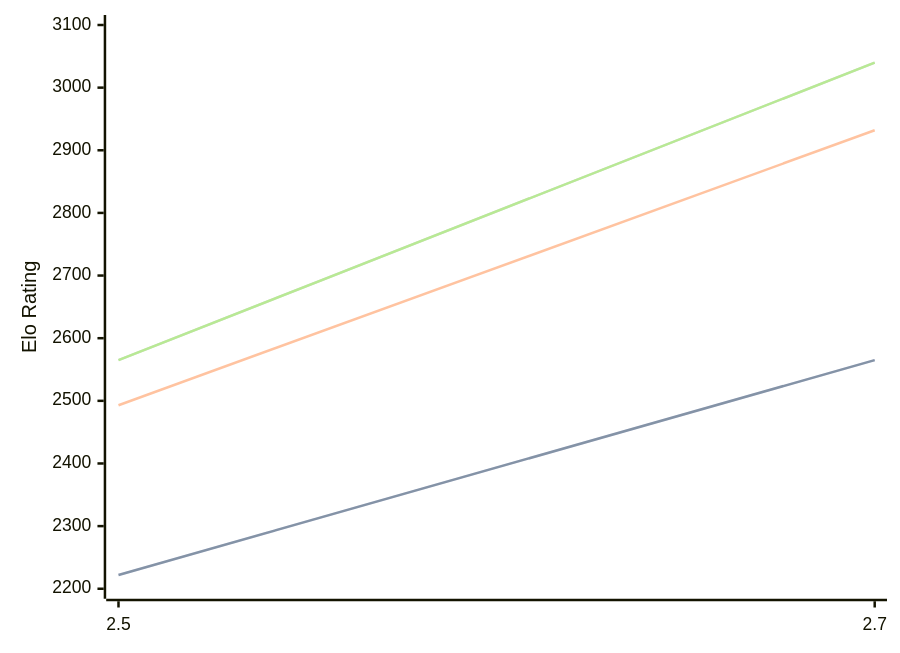
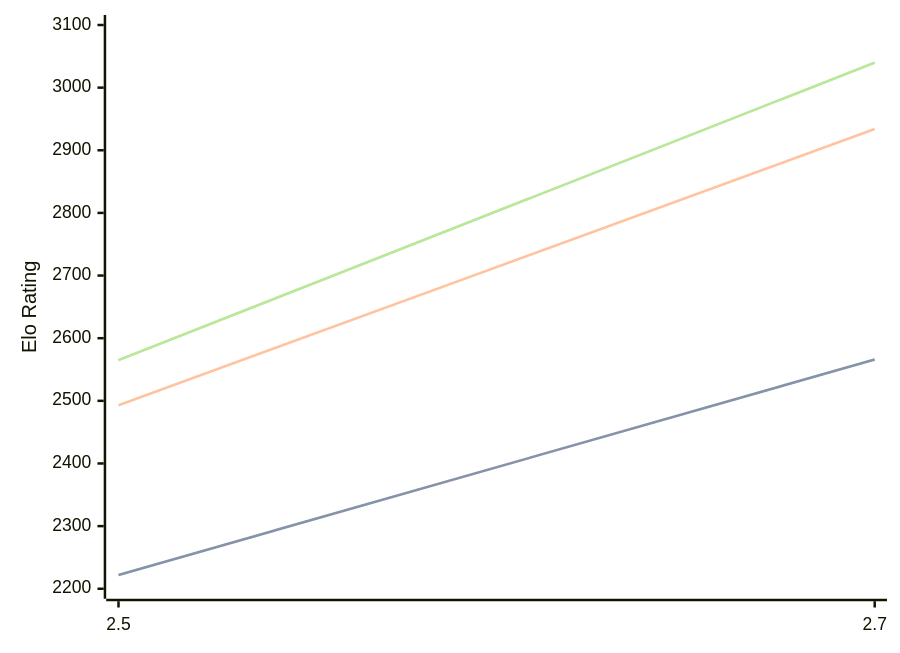
Before and after one commit to computer-chess-index/cci: the diagram in engines/Zevra.md, drawn with Mermaid. The commit also changed other lines of this file, not shown here.

````diff
--- a/engines/Zevra.md
+++ b/engines/Zevra.md
@@ -32,11 +32,11 @@
 ```mermaid
 %%{init: {"theme":"base","themeVariables":{"seriesColors:['#a3a3a3','#222221','#faa371']}}}%%
 xychart-beta
   x-axis ["2.5", "2.7"]
   y-axis "Elo Rating" 2200 --> 3100
-  line "" [2222, 2565]
-  line "STC (8.0+0.08s)" [2222, 2565]
-  line "LTC (60.0+0.60s)" [2493, 2932]
+  line "" [2222, 2566]
+  line "STC (8.0+0.08s)" [2222, 2566]
+  line "LTC (60.0+0.60s)" [2493, 2934]
   line "" [2565, 3040]
   line "VLTC (2m24s+1.12s)" [2565, 3040]
 ```
````
